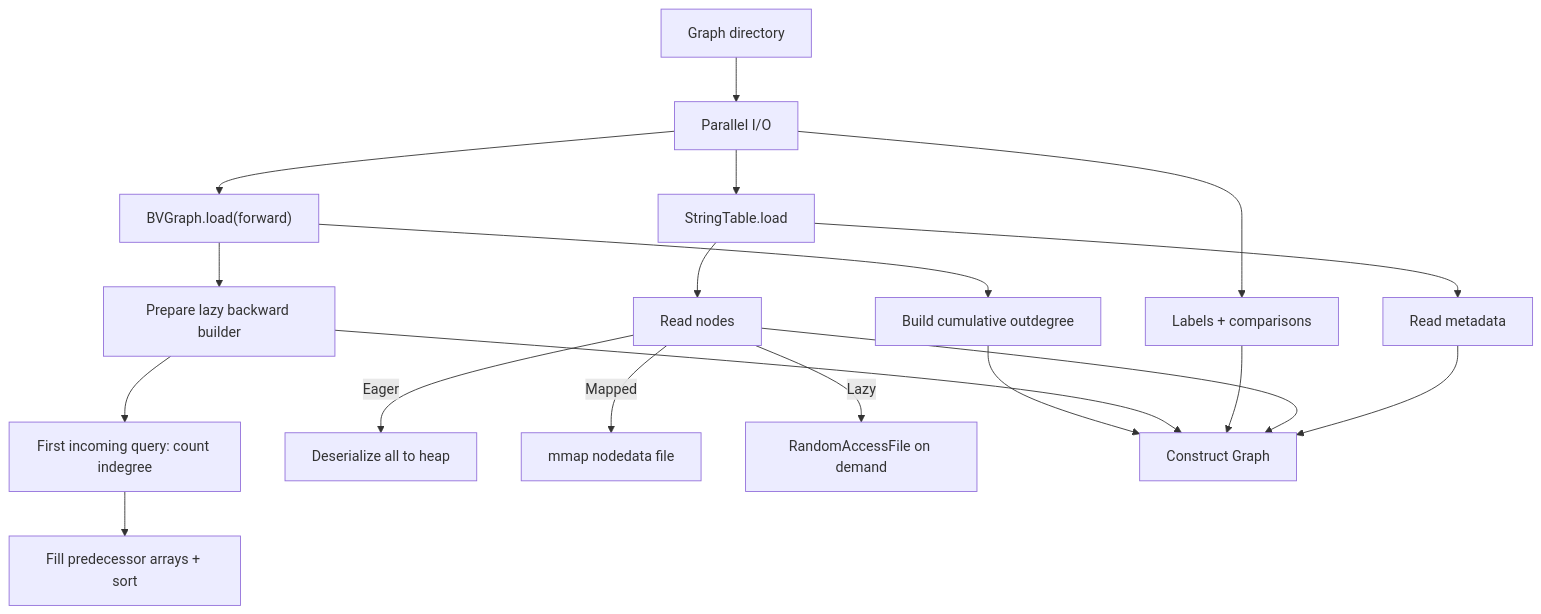
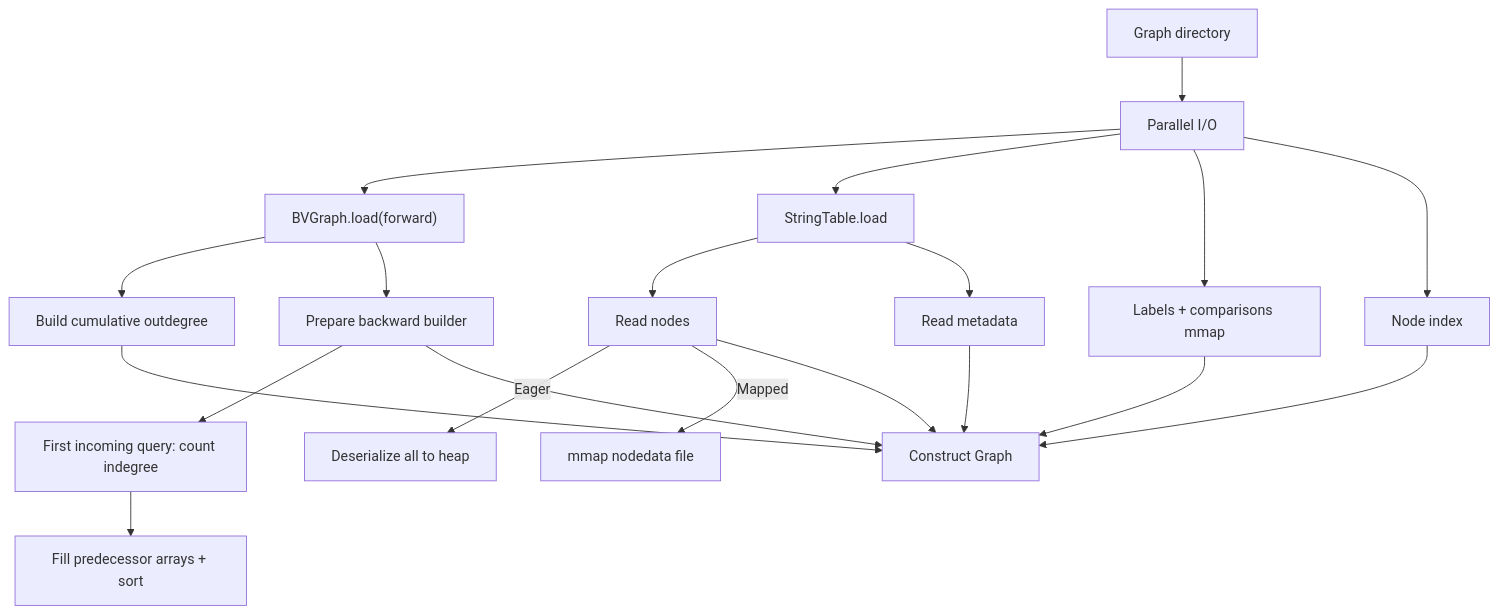
The second of 2 diagrams in docs/webgraph-storage.md (johnsonlee/graphite), drawn with Mermaid before and after one commit. The commit also changed other lines of this file and 8 other files, not shown here.

Commit message:
Remove lazy graph load mode

````diff
--- a/docs/webgraph-storage.md
+++ b/docs/webgraph-storage.md
@@ -77,17 +78,17 @@
 ```mermaid
 graph TD
     A[Graph directory] --> B[Parallel I/O]
     B --> B1["BVGraph.load(forward)"]
     B --> B2[StringTable.load]
-    B --> B3[Labels + comparisons]
+    B --> B3[Labels + comparisons mmap]
+    B --> B4[Node index]
     B1 --> C[Build cumulative outdegree]
-    B1 --> D[Prepare lazy backward builder]
+    B1 --> D[Prepare backward builder]
     D --> D1[First incoming query: count indegree]
     D1 --> D2[Fill predecessor arrays + sort]
     B2 --> E[Read nodes]
     E -->|Eager| E1[Deserialize all to heap]
     E -->|Mapped| E2[mmap nodedata file]
-    E -->|Lazy| E3[RandomAccessFile on demand]
     B2 --> F[Read metadata]
-C & D & B3 & E & F --> G[Construct Graph]
+C & D & B3 & B4 & E & F --> G[Construct Graph]
 ```
````
